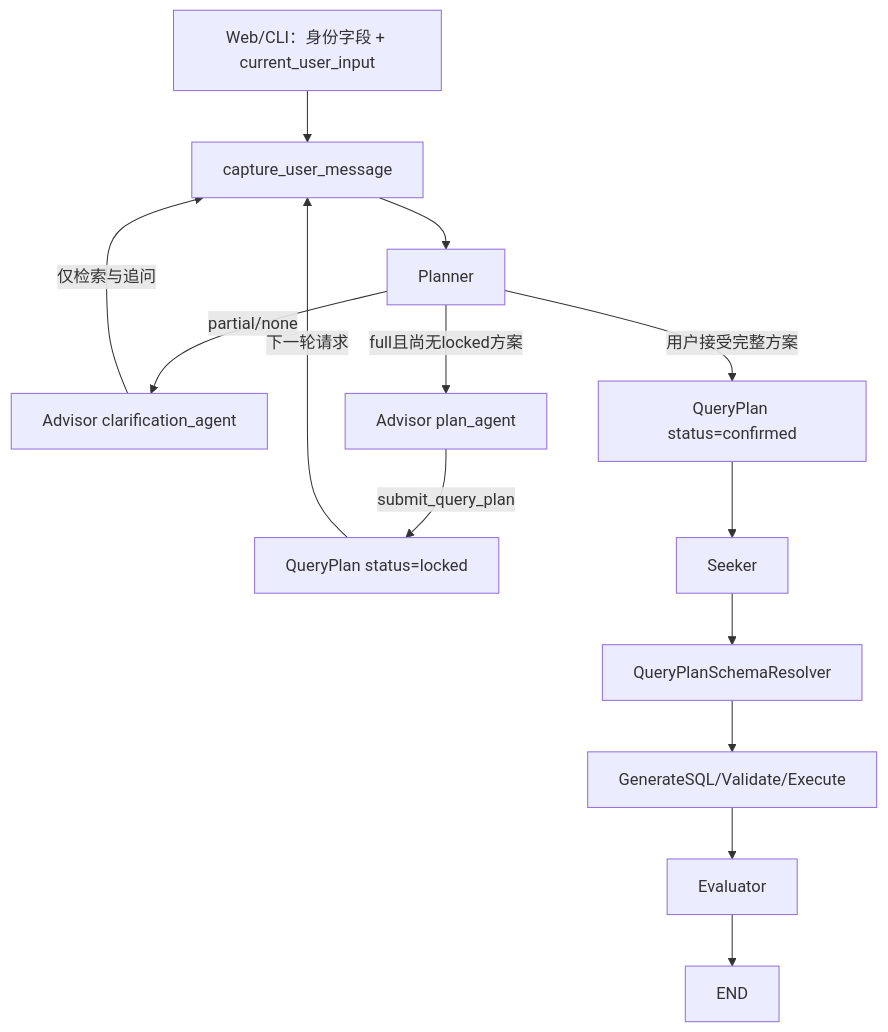
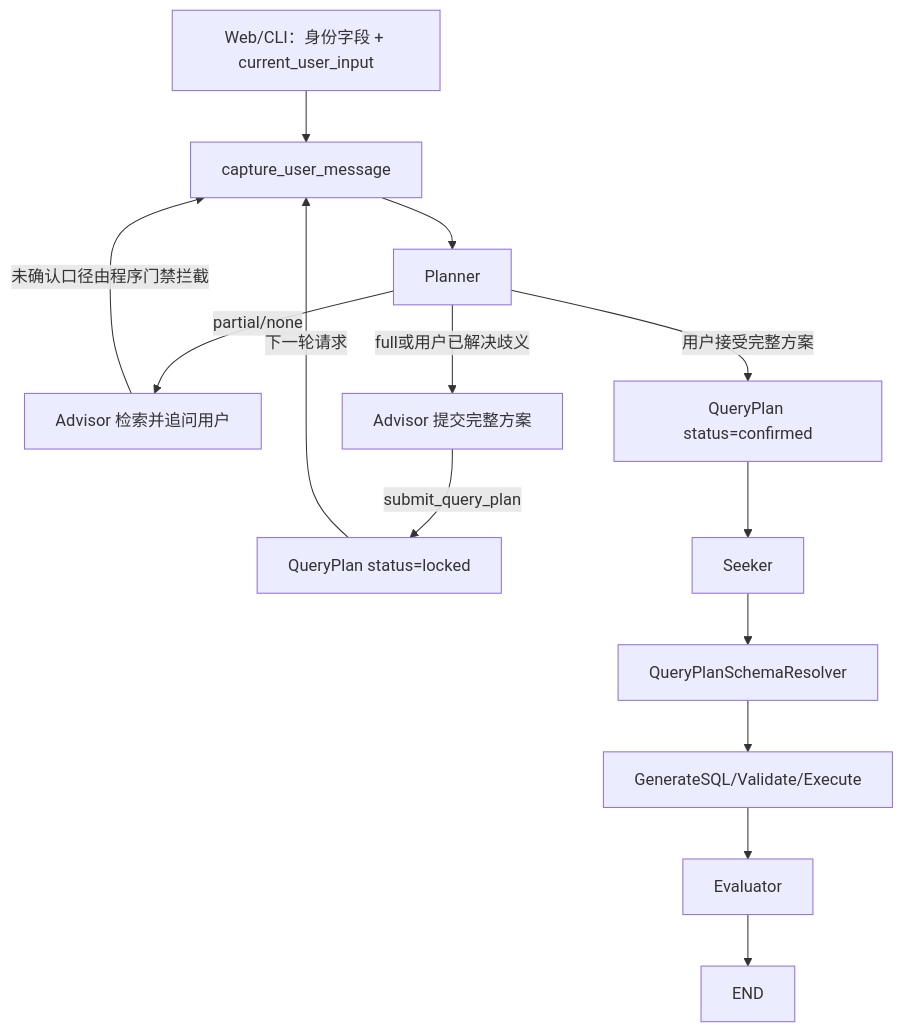
One commit to 18336621007/warehouseAgent changed the diagram in docs/架构/多智能体Text2SQL系统架构文档.md. Above: the diagram before and after it, drawn with Mermaid. The commit also changed other lines of this file and 24 other files, not shown here.

````diff
--- a/docs/架构/多智能体Text2SQL系统架构文档.md
+++ b/docs/架构/多智能体Text2SQL系统架构文档.md
@@ -24,16 +24,16 @@
 ```mermaid
 flowchart TD
     UI["Web/CLI：身份字段 + current_user_input"] --> Capture["capture_user_message"]
     Capture --> Planner
-    Planner -->|partial/none| Clarify["Advisor clarification_agent"]
-    Clarify -->|仅检索与追问| Capture
-    Planner -->|full且尚无locked方案| Plan["Advisor plan_agent"]
+    Planner -->|partial/none| Ask["Advisor 检索并追问用户"]
+    Ask -->|未确认口径由程序门禁拦截| Capture
+    Planner -->|full或用户已解决歧义| Plan["Advisor 提交完整方案"]
     Plan -->|submit_query_plan| Locked["QueryPlan status=locked"]
     Locked -->|下一轮请求| Capture
     Planner -->|用户接受完整方案| Confirmed["QueryPlan status=confirmed"]
     Confirmed --> Seeker
     Seeker --> Resolver["QueryPlanSchemaResolver"]
     Resolver --> Generate["GenerateSQL/Validate/Execute"]
     Generate --> Evaluator
     Evaluator --> END
 ```
````
